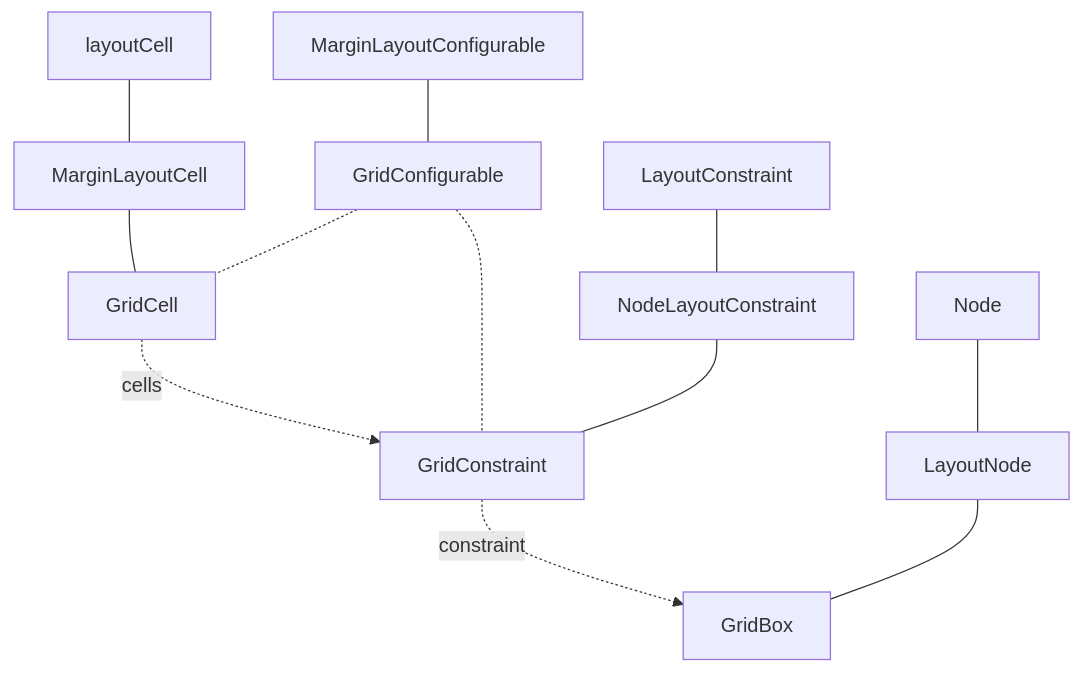
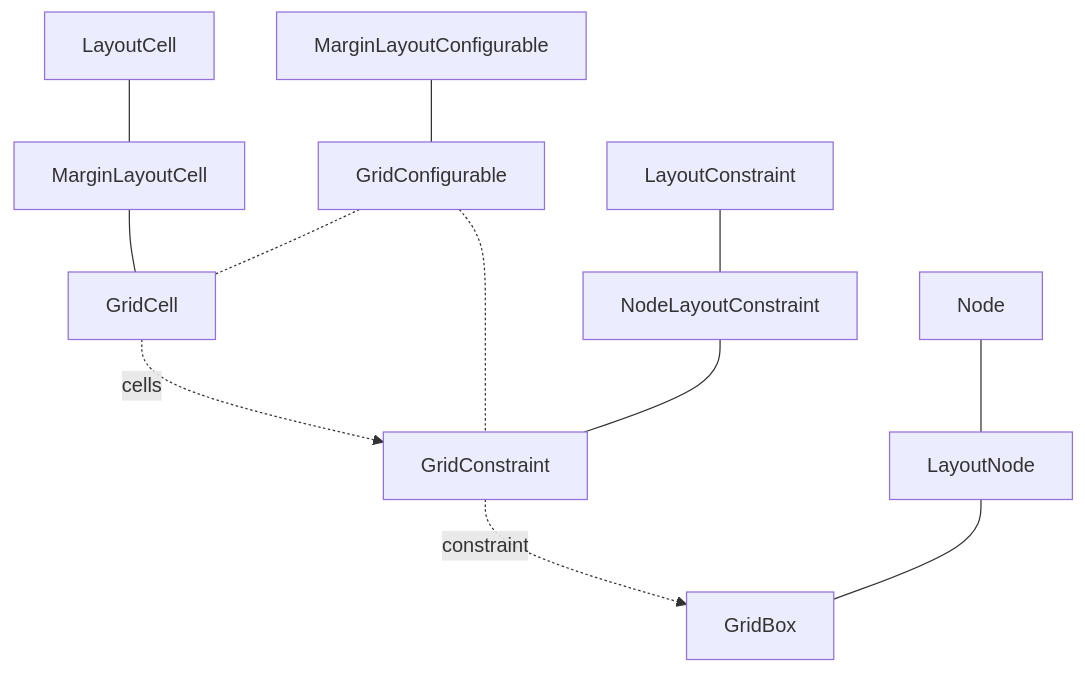
The second of 7 diagrams in doc/layout-implementation-notes.md (phetsims/scenery), drawn with Mermaid before and after one commit. The commit also changed other lines of this file, not shown here.

Commit message:
Capitalize LayoutCell and add optional composition, see: https://github.com/phetsims/scenery/issues/1464

````diff
--- a/doc/layout-implementation-notes.md
+++ b/doc/layout-implementation-notes.md
@@ -38,17 +39,17 @@
 ```mermaid
 flowchart TD
-    layoutCell --- MarginLayoutCell
+    LayoutCell --- MarginLayoutCell
     MarginLayoutCell --- GridCell
     GridCell -.cells.-> GridConstraint
     
     MarginLayoutConfigurable --- GridConfigurable
     GridConfigurable -.- GridCell & GridConstraint
     
     LayoutConstraint --- NodeLayoutConstraint
     NodeLayoutConstraint --- GridConstraint
     GridConstraint -.constraint.-> GridBox
     
     Node --- LayoutNode
     LayoutNode --- GridBox
 
  ```
````
